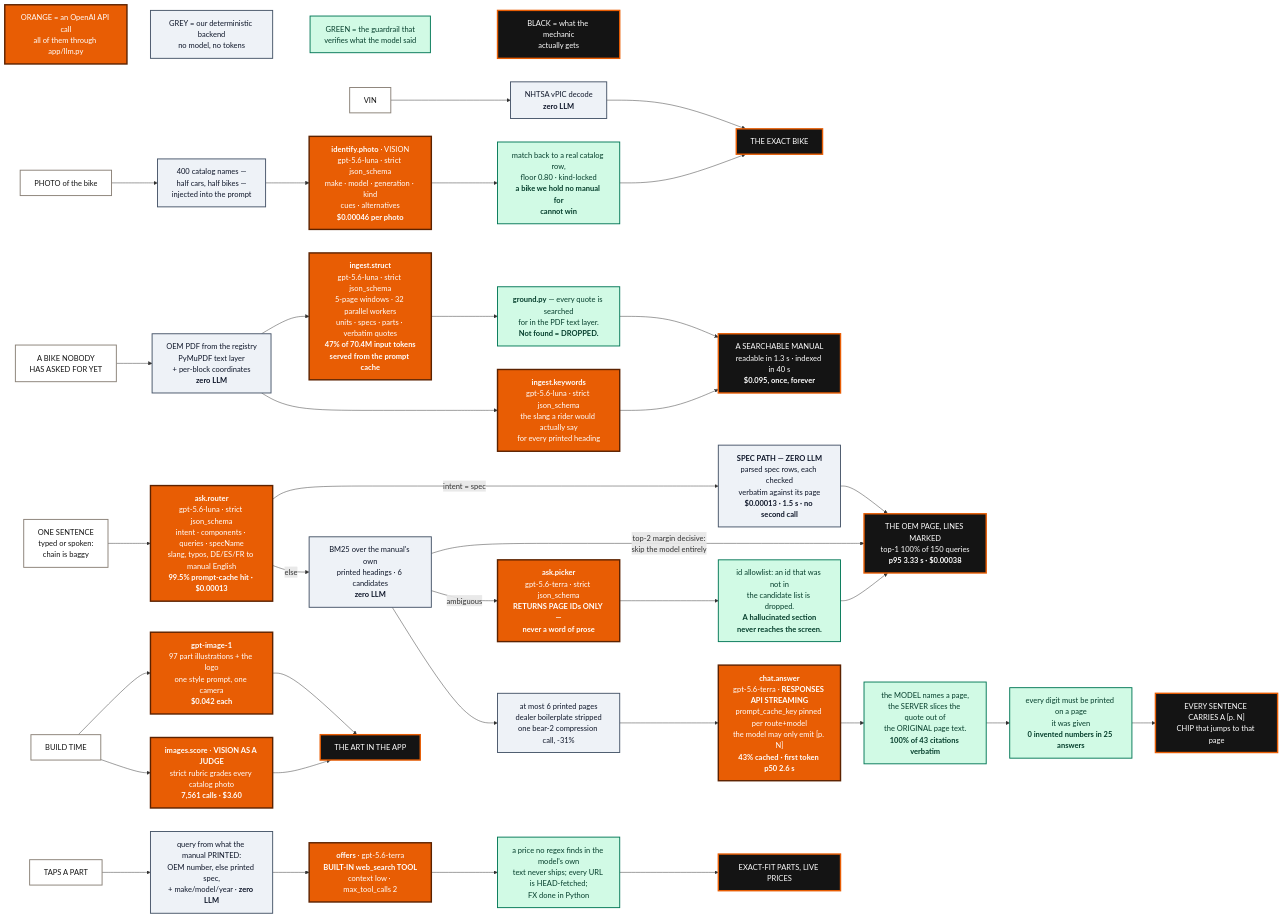
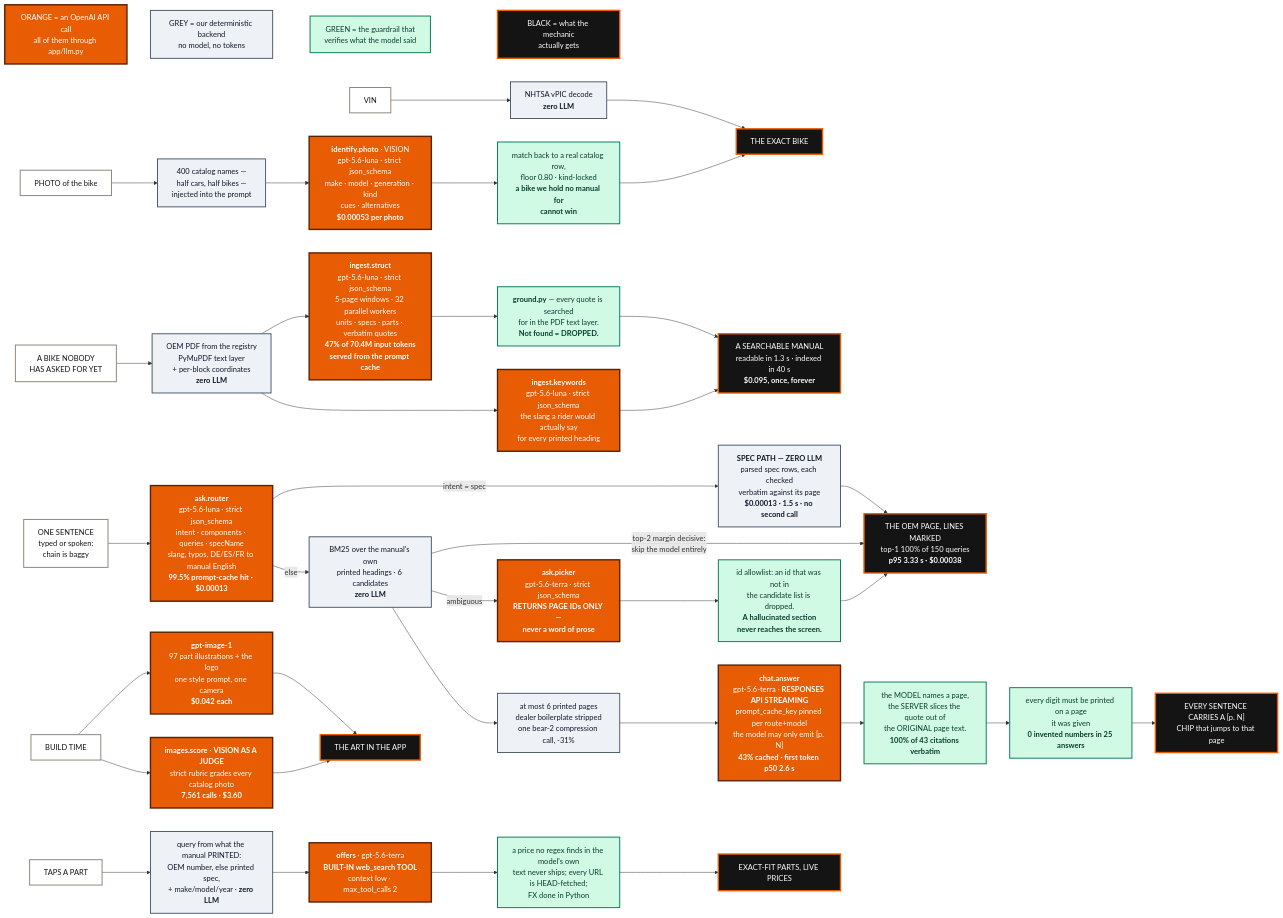
Before and after one commit to lxorb/mechanica: the diagram in docs/pitches/openai.md, drawn with Mermaid. The commit also changed other lines of this file and 4 other files, not shown here.

Commit message:
docs: identify.photo tiering figure aligned to the generated report (46x)

````diff
--- a/docs/pitches/openai.md
+++ b/docs/pitches/openai.md
@@ -83,67 +83,67 @@
 ```mermaid
 flowchart LR
     LG1["ORANGE = an OpenAI API call<br/>all of them through app/llm.py"]:::ai
     LG2["GREY = our deterministic backend<br/>no model, no tokens"]:::det
     LG3["GREEN = the guardrail that<br/>verifies what the model said"]:::guard
     LG4["BLACK = what the mechanic<br/>actually gets"]:::ship
     LG1 ~~~ LG2 ~~~ LG3 ~~~ LG4
 
     S1["PHOTO of the bike"]:::ui
     S2["VIN"]:::ui
     D0["400 catalog names —<br/>half cars, half bikes —<br/>injected into the prompt"]:::det
-    A1["<b>identify.photo</b> · VISION<br/>gpt-5.6-luna · strict json_schema<br/>make · model · generation · kind<br/>cues · alternatives<br/><b>$0.00046 per photo</b>"]:::ai
+    A1["<b>identify.photo</b> · VISION<br/>gpt-5.6-luna · strict json_schema<br/>make · model · generation · kind<br/>cues · alternatives<br/><b>$0.00053 per photo</b>"]:::ai
     G1["match back to a real catalog row,<br/>floor 0.80 · kind-locked<br/><b>a bike we hold no manual for<br/>cannot win</b>"]:::guard
     D1["NHTSA vPIC decode<br/><b>zero LLM</b>"]:::det
     R1["THE EXACT BIKE"]:::ship
     S1 --> D0 --> A1 --> G1 --> R1
     S2 --> D1 --> R1
 
     S3["A BIKE NOBODY<br/>HAS ASKED FOR YET"]:::ui
     D2["OEM PDF from the registry<br/>PyMuPDF text layer<br/>+ per-block coordinates<br/><b>zero LLM</b>"]:::det
     A2["<b>ingest.struct</b><br/>gpt-5.6-luna · strict json_schema<br/>5-page windows · 32 parallel workers<br/>units · specs · parts · verbatim quotes<br/><b>47% of 70.4M input tokens<br/>served from the prompt cache</b>"]:::ai
     A3["<b>ingest.keywords</b><br/>gpt-5.6-luna · strict json_schema<br/>the slang a rider would actually say<br/>for every printed heading"]:::ai
     G2["<b>ground.py</b> — every quote is searched<br/>for in the PDF text layer.<br/><b>Not found = DROPPED.</b>"]:::guard
     R2["A SEARCHABLE MANUAL<br/>readable in 1.3 s · indexed in 40 s<br/><b>$0.095, once, forever</b>"]:::ship
     S3 --> D2 --> A2 --> G2 --> R2
     D2 --> A3 --> R2
 
     S4["ONE SENTENCE<br/>typed or spoken:<br/>chain is baggy"]:::ui
     A4["<b>ask.router</b><br/>gpt-5.6-luna · strict json_schema<br/>intent · components · queries · specName<br/>slang, typos, DE/ES/FR to manual English<br/><b>99.5% prompt-cache hit · $0.00013</b>"]:::ai
     D4["<b>SPEC PATH — ZERO LLM</b><br/>parsed spec rows, each checked<br/>verbatim against its page<br/><b>$0.00013 · 1.5 s · no second call</b>"]:::det
     D3["BM25 over the manual's own<br/>printed headings · 6 candidates<br/><b>zero LLM</b>"]:::det
     A5["<b>ask.picker</b><br/>gpt-5.6-terra · strict json_schema<br/><b>RETURNS PAGE IDs ONLY —<br/>never a word of prose</b>"]:::ai
     G3["id allowlist: an id that was not in<br/>the candidate list is dropped.<br/><b>A hallucinated section<br/>never reaches the screen.</b>"]:::guard
     R3["THE OEM PAGE, LINES MARKED<br/>top-1 100% of 150 queries<br/><b>p95 3.33 s · $0.00038</b>"]:::ship
     S4 --> A4
     A4 -- "intent = spec" --> D4 --> R3
     A4 -- "else" --> D3
     D3 -- "top-2 margin decisive:<br/>skip the model entirely" --> R3
     D3 -- "ambiguous" --> A5 --> G3 --> R3
 
     D5["at most 6 printed pages<br/>dealer boilerplate stripped<br/>one bear-2 compression call, -31%"]:::det
     A6["<b>chat.answer</b><br/>gpt-5.6-terra · <b>RESPONSES API STREAMING</b><br/>prompt_cache_key pinned per route+model<br/>the model may only emit [p. N]<br/><b>43% cached · first token p50 2.6 s</b>"]:::ai
     G4["the MODEL names a page,<br/>the SERVER slices the quote out of<br/>the ORIGINAL page text.<br/><b>100% of 43 citations verbatim</b>"]:::guard
     G5["every digit must be printed on a page<br/>it was given<br/><b>0 invented numbers in 25 answers</b>"]:::guard
     R4["EVERY SENTENCE CARRIES A [p. N]<br/>CHIP that jumps to that page"]:::ship
     D3 --> D5 --> A6 --> G4 --> G5 --> R4
 
     S5["TAPS A PART"]:::ui
     D6["query from what the manual PRINTED:<br/>OEM number, else printed spec,<br/>+ make/model/year · <b>zero LLM</b>"]:::det
     A7["<b>offers</b> · gpt-5.6-terra<br/><b>BUILT-IN web_search TOOL</b><br/>context low · max_tool_calls 2"]:::ai
     G6["a price no regex finds in the model's own<br/>text never ships; every URL is HEAD-fetched;<br/>FX done in Python"]:::guard
     R5["EXACT-FIT PARTS, LIVE PRICES"]:::ship
     S5 --> D6 --> A7 --> G6 --> R5
 
     S6["BUILD TIME"]:::ui
     A8["<b>gpt-image-1</b><br/>97 part illustrations + the logo<br/>one style prompt, one camera<br/><b>$0.042 each</b>"]:::ai
     A9["<b>images.score</b> · <b>VISION AS A JUDGE</b><br/>strict rubric grades every catalog photo<br/><b>7,561 calls · $3.60</b>"]:::ai
     R6["THE ART IN THE APP"]:::ship
     S6 --> A8 --> R6
     S6 --> A9 --> R6
 
     classDef ai fill:#e85d04,stroke:#5c2200,stroke-width:3px,color:#ffffff
     classDef guard fill:#d1fae5,stroke:#047857,stroke-width:2px,color:#053e2c
     classDef det fill:#eef2f7,stroke:#475569,stroke-width:2px,color:#0f172a
     classDef ui fill:#ffffff,stroke:#8a8177,stroke-width:2px,color:#141414
     classDef ship fill:#141414,stroke:#e85d04,stroke-width:3px,color:#ffffff
 ```
````
